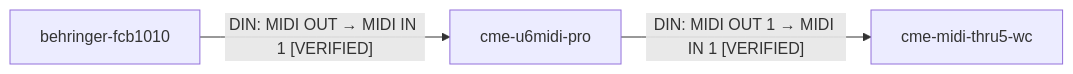
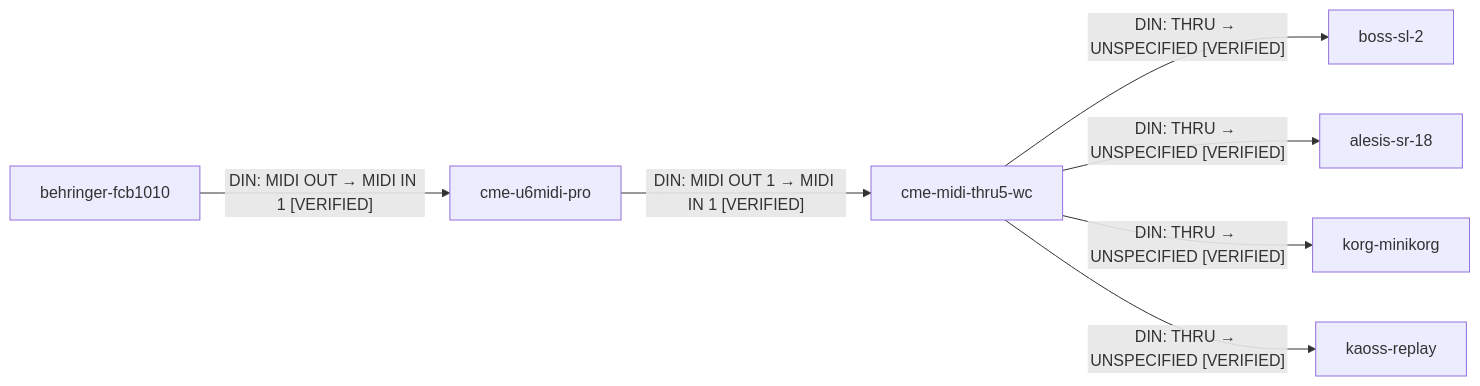
One commit to sempervent/music-rig changed the diagram in diagrams/midi-topology.mmd. Above: the diagram before and after it, drawn with Mermaid. The commit also changed 24 other files, not shown here.

```diff
--- a/diagrams/midi-topology.mmd
+++ b/diagrams/midi-topology.mmd
@@ -1,7 +1,15 @@
 flowchart LR
   %% Generated from data/midi.yaml; do not edit directly.
+  midi_alesis_sr_18["alesis-sr-18"]
   midi_behringer_fcb1010["behringer-fcb1010"]
+  midi_boss_sl_2["boss-sl-2"]
   midi_cme_midi_thru5_wc["cme-midi-thru5-wc"]
   midi_cme_u6midi_pro["cme-u6midi-pro"]
+  midi_kaoss_replay["kaoss-replay"]
+  midi_korg_minikorg["korg-minikorg"]
   midi_behringer_fcb1010 -->|"DIN: MIDI OUT → MIDI IN 1 [VERIFIED]"| midi_cme_u6midi_pro
   midi_cme_u6midi_pro -->|"DIN: MIDI OUT 1 → MIDI IN 1 [VERIFIED]"| midi_cme_midi_thru5_wc
+  midi_cme_midi_thru5_wc -->|"DIN: THRU → UNSPECIFIED [VERIFIED]"| midi_boss_sl_2
+  midi_cme_midi_thru5_wc -->|"DIN: THRU → UNSPECIFIED [VERIFIED]"| midi_alesis_sr_18
+  midi_cme_midi_thru5_wc -->|"DIN: THRU → UNSPECIFIED [VERIFIED]"| midi_korg_minikorg
+  midi_cme_midi_thru5_wc -->|"DIN: THRU → UNSPECIFIED [VERIFIED]"| midi_kaoss_replay
```
